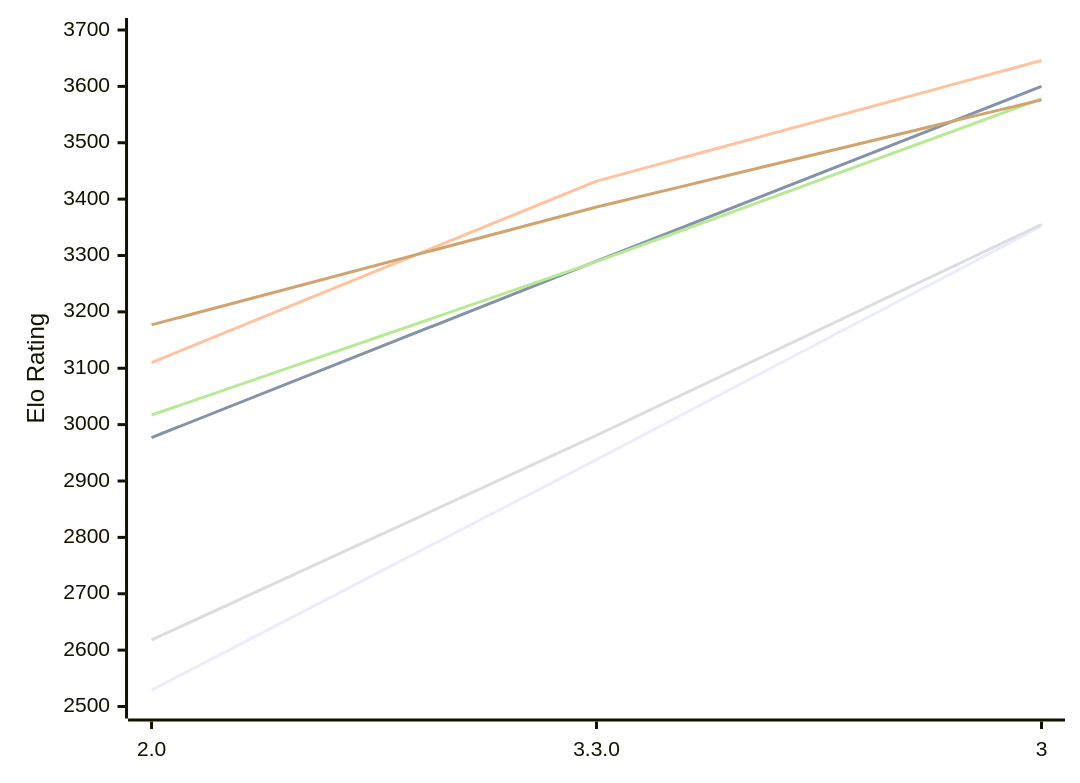
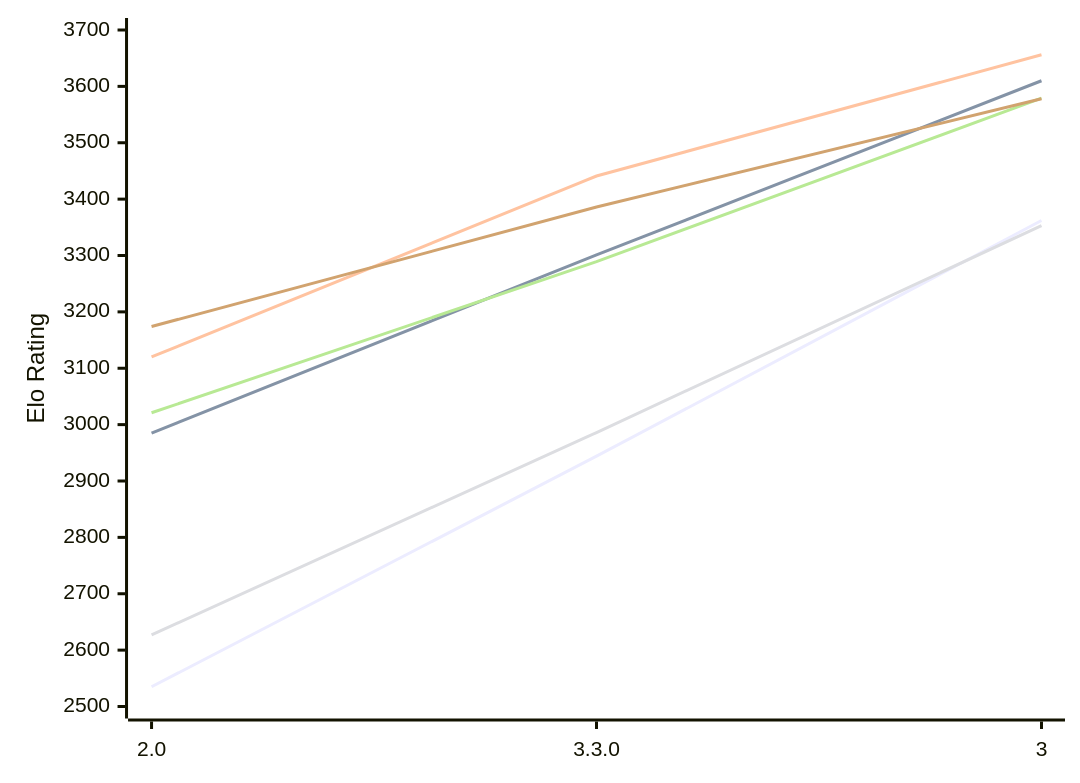
Before and after one commit to computer-chess-index/cci: the diagram in engines/Ravager.md, drawn with Mermaid. The commit also changed other lines of this file, not shown here.

Commit message:
Update CCI Ratings (ELO VLTC) - 2026-11-16

````diff
--- a/engines/Ravager.md
+++ b/engines/Ravager.md
@@ -51,12 +51,12 @@
 ```mermaid
 %%{init: {"theme":"base","themeVariables":{"seriesColors:['#a3a3a3','#222221','#faa371']}}}%%
 xychart-beta
   x-axis ["2.0", "3.3.0", "3"]
   y-axis "Elo Rating" 2500 --> 3700
-  line "E1: STC (8.0+0.08s)" [2529, 2938, 3352]
-  line "E1: LTC (60.0+0.60s)" [2977, 3290, 3600]
-  line "E1: VLTC (2m24s+1.12s)" [3110, 3432, 3646]
-  line "P1: STC (8.0+0.08s)" [2618, 2981, 3355]
-  line "P1: LTC (60.0+0.60s)" [3017, 3289, 3578]
-  line "P1: VLTC (2m24s+1.12s)" [3177, 3386, 3576]
+  line "E1: STC (8.0+0.08s)" [2535, 2944, 3362]
+  line "E1: LTC (60.0+0.60s)" [2985, 3301, 3610]
+  line "E1: VLTC (2m24s+1.12s)" [3120, 3441, 3656]
+  line "P1: STC (8.0+0.08s)" [2627, 2986, 3353]
+  line "P1: LTC (60.0+0.60s)" [3021, 3289, 3579]
+  line "P1: VLTC (2m24s+1.12s)" [3174, 3386, 3578]
 ```
````
